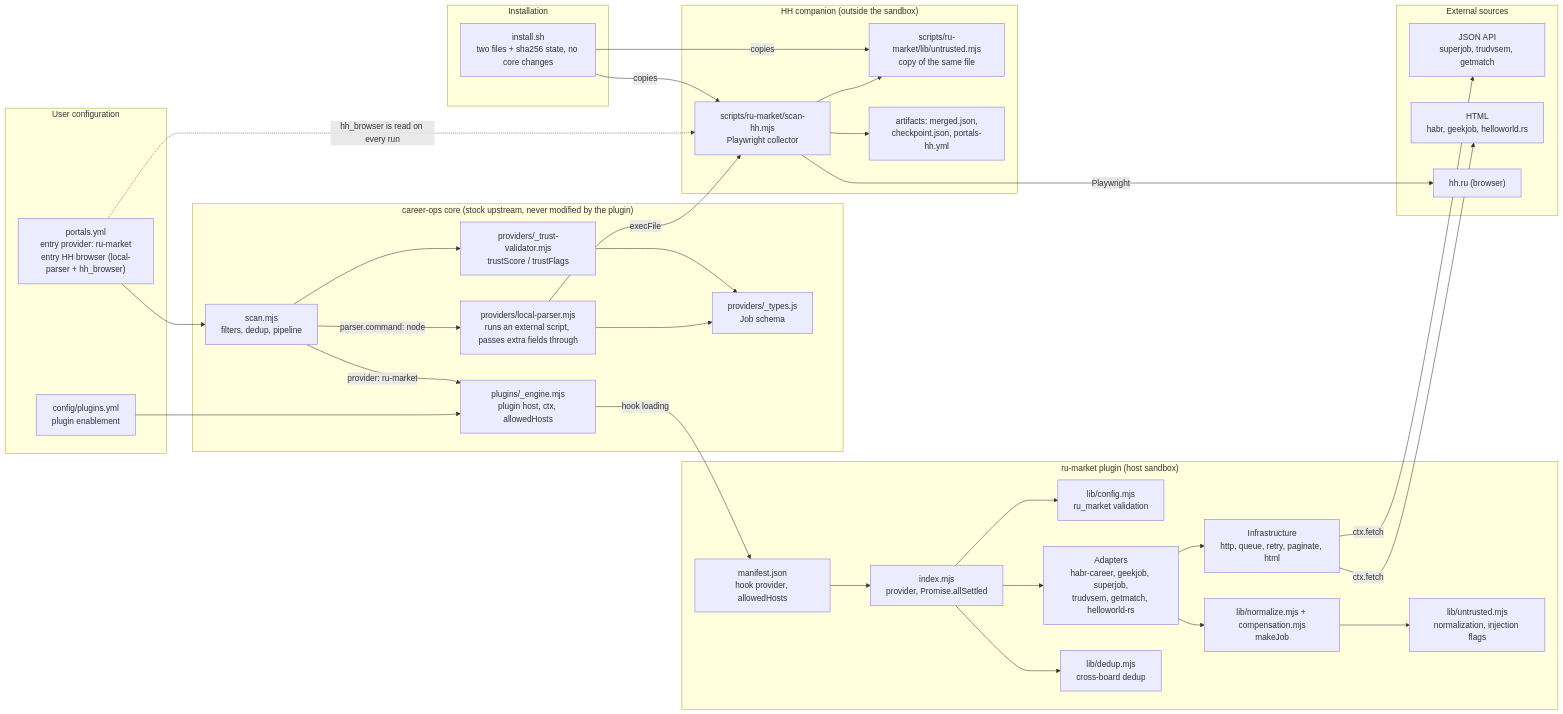
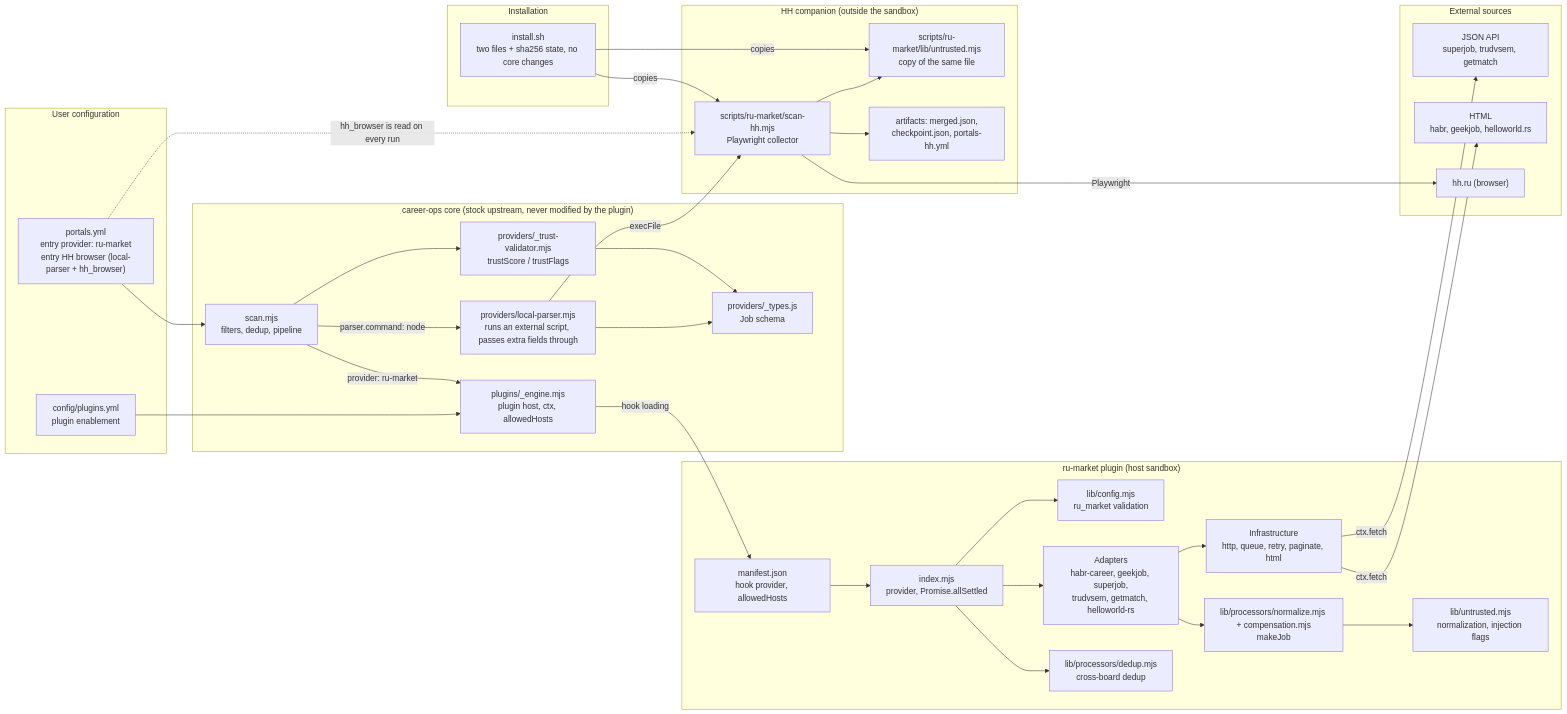
Before and after one commit to WindowGenerator/career-ops-plugin-ru-market: the diagram in docs/architecture/components.md, drawn with Mermaid. The commit also changed 33 other files, not shown here.

First line of the commit message:
refactor: move processors to lib/processors

````diff
--- a/docs/architecture/components.md
+++ b/docs/architecture/components.md
@@ -13,70 +13,70 @@
 ```mermaid
 flowchart LR
   subgraph User["User configuration"]
     PY["portals.yml<br/>entry provider: ru-market<br/>entry HH browser (local-parser + hh_browser)"]
     PLY["config/plugins.yml<br/>plugin enablement"]
   end
 
   subgraph Core["career-ops core (stock upstream, never modified by the plugin)"]
     SCAN["scan.mjs<br/>filters, dedup, pipeline"]
     ENG["plugins/_engine.mjs<br/>plugin host, ctx, allowedHosts"]
     LP["providers/local-parser.mjs<br/>runs an external script, passes extra fields through"]
     TV["providers/_trust-validator.mjs<br/>trustScore / trustFlags"]
     TYPES["providers/_types.js<br/>Job schema"]
   end
 
   subgraph Plugin["ru-market plugin (host sandbox)"]
     MAN["manifest.json<br/>hook provider, allowedHosts"]
     IDX["index.mjs<br/>provider, Promise.allSettled"]
     CFG["lib/config.mjs<br/>ru_market validation"]
     AD["Adapters<br/>habr-career, geekjob, superjob,<br/>trudvsem, getmatch, helloworld-rs"]
     INF["Infrastructure<br/>http, queue, retry, paginate, html"]
-    NORM["lib/normalize.mjs + compensation.mjs<br/>makeJob"]
+    NORM["lib/processors/normalize.mjs + compensation.mjs<br/>makeJob"]
     UNT["lib/untrusted.mjs<br/>normalization, injection flags"]
-    DD["lib/dedup.mjs<br/>cross-board dedup"]
+    DD["lib/processors/dedup.mjs<br/>cross-board dedup"]
   end
 
   subgraph Comp["HH companion (outside the sandbox)"]
     SH["scripts/ru-market/scan-hh.mjs<br/>Playwright collector"]
     SUNT["scripts/ru-market/lib/untrusted.mjs<br/>copy of the same file"]
     ART["artifacts: merged.json,<br/>checkpoint.json, portals-hh.yml"]
   end
 
   subgraph Inst["Installation"]
     INSH["install.sh<br/>two files + sha256 state, no core changes"]
   end
 
   subgraph Ext["External sources"]
     API["JSON API<br/>superjob, trudvsem, getmatch"]
     HTML["HTML<br/>habr, geekjob, helloworld.rs"]
     HH["hh.ru (browser)"]
   end
 
   PY --> SCAN
   PLY --> ENG
   SCAN -->|"provider: ru-market"| ENG
   ENG -->|"hook loading"| MAN
   MAN --> IDX
   IDX --> CFG
   IDX --> AD
   AD --> INF
   AD --> NORM
   NORM --> UNT
   IDX --> DD
   INF -->|"ctx.fetch"| API
   INF -->|"ctx.fetch"| HTML
 
   SCAN -->|"parser.command: node"| LP
   LP -->|"execFile"| SH
   SH --> SUNT
   SH -->|"Playwright"| HH
   SH --> ART
   PY -.->|"hh_browser is read on every run"| SH
 
   SCAN --> TV
   LP --> TYPES
   TV --> TYPES
 
   INSH -->|"copies"| SH
   INSH -->|"copies"| SUNT
 ```
````
